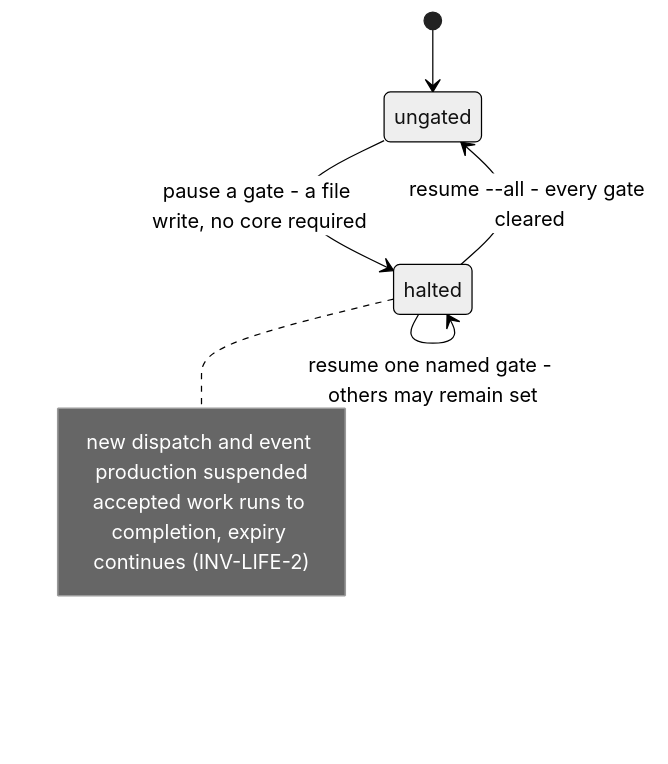
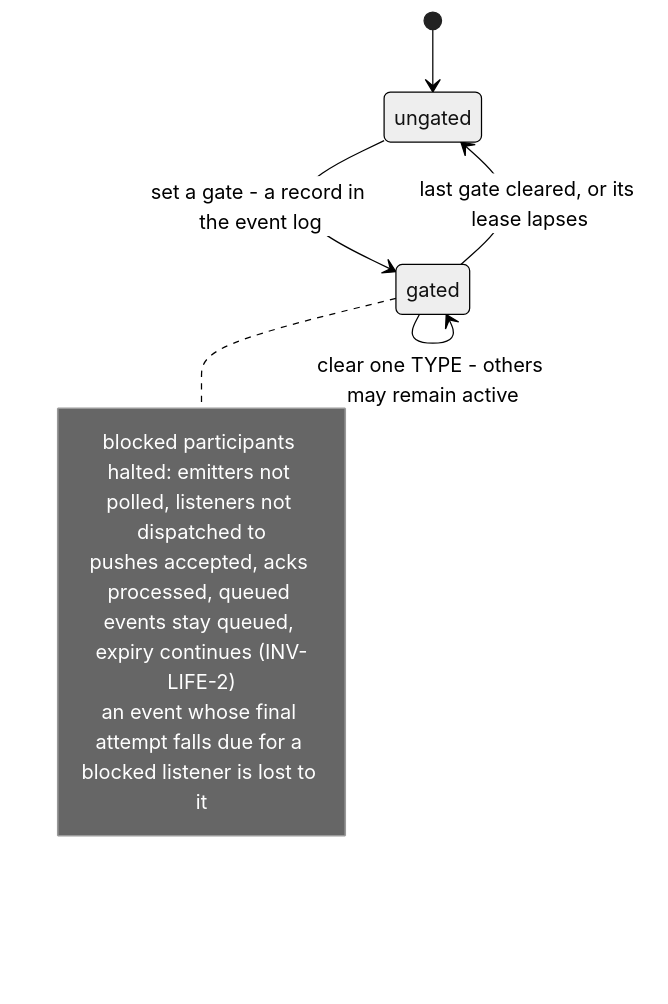
One commit to phillipgreenii/nix-agent-support changed diagram 18 of 19 in packages/pg-router/docs/behavior/journeys.md. Above: the diagram before and after it, drawn with Mermaid (neutral theme). The commit also changed other lines of this file and 14 other files, not shown here.

````diff
--- a/packages/pg-router/docs/behavior/journeys.md
+++ b/packages/pg-router/docs/behavior/journeys.md
@@ -1033,12 +1036,13 @@
 ```mermaid
 stateDiagram-v2
     [*] --> ungated
-    ungated --> halted: pause a gate - a file write, no core required
-    halted --> halted: pause a second gate - OR-effective
-    halted --> ungated: resume --all - every gate cleared
-    halted --> halted: resume one named gate - others may remain set
-    note right of halted
-      new dispatch and event production suspended
-      accepted work runs to completion, expiry continues (INV-LIFE-2)
+    ungated --> gated: set a gate - a record in the event log
+    gated --> gated: set another TYPE, or renew a lease
+    gated --> ungated: last gate cleared, or its lease lapses
+    gated --> gated: clear one TYPE - others may remain active
+    note right of gated
+      blocked participants halted: emitters not polled, listeners not dispatched to
+      pushes accepted, acks processed, queued events stay queued, expiry continues (INV-LIFE-2)
+      an event whose final attempt falls due for a blocked listener is lost to it
     end note
 ```
````
